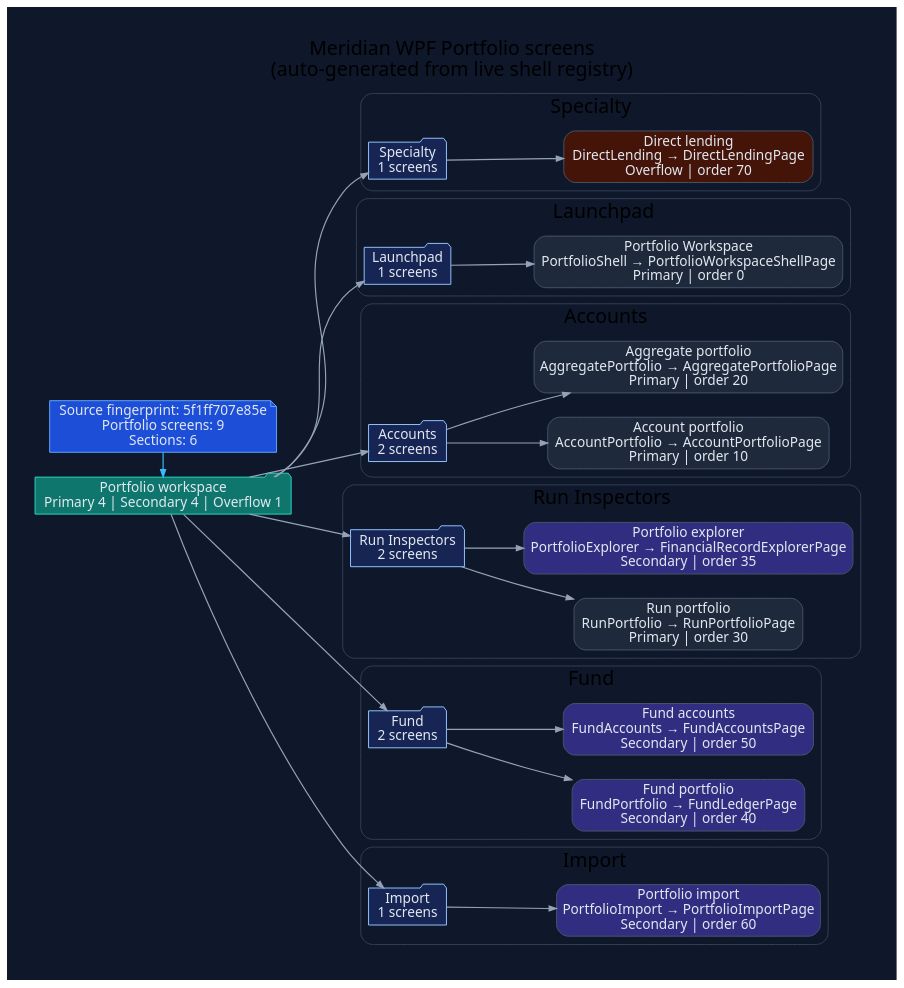
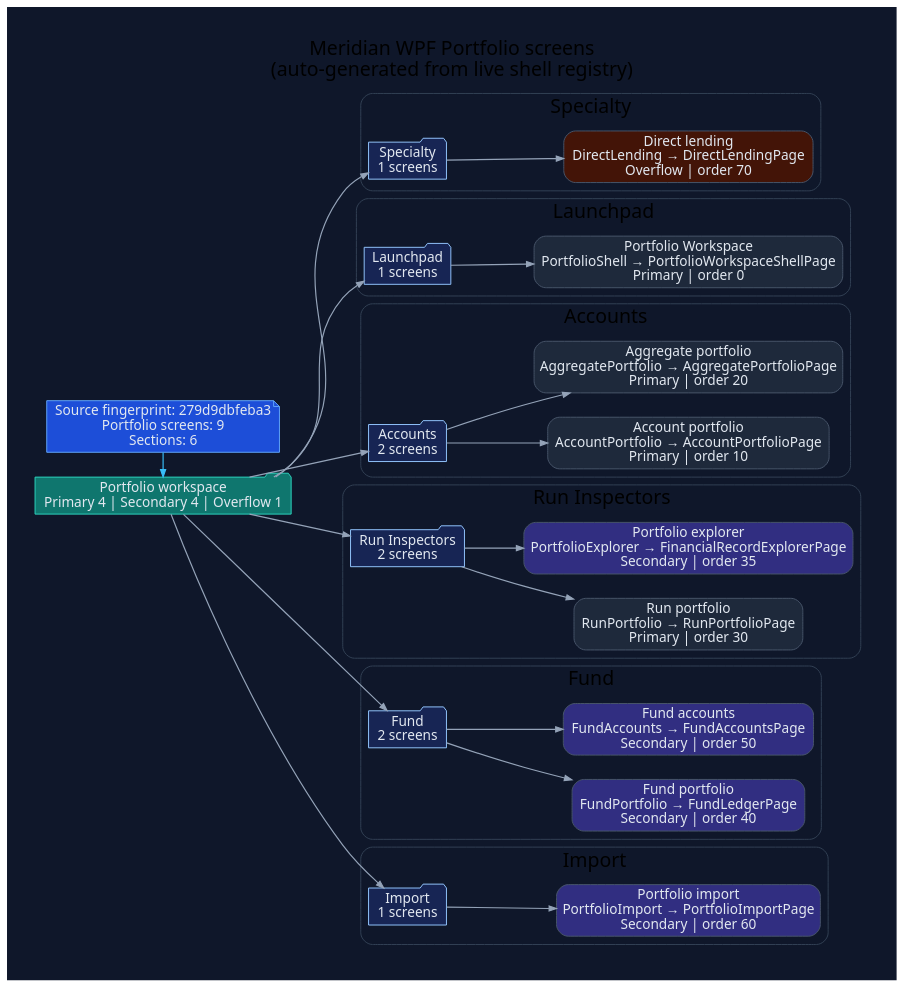
The diagram in docs/diagrams/ui/ui-wpf-screens-portfolio.dot (rodoHasArrived/Meridian-main), drawn with Graphviz before and after one commit. The commit also changed 48 other files, not shown here.

First line of the commit message:
Regenerate diagrams and status docs for the Wave P3 merge

```diff
--- a/docs/diagrams/ui/ui-wpf-screens-portfolio.dot
+++ b/docs/diagrams/ui/ui-wpf-screens-portfolio.dot
@@ -1,92 +1,92 @@
 // -----------------------------------------------------------------------------
 // <auto-generated>
 // Generated by scripts/generate-diagrams.mjs.
 // Do not edit this file directly; update the WPF source files instead.
 // -----------------------------------------------------------------------------
 digraph WpfPortfolioScreens {
   graph [
     rankdir=LR,
     labelloc=t,
     label="Meridian WPF Portfolio screens\n(auto-generated from live shell registry)",
     fontname="Segoe UI",
     fontsize=20,
     pad=0.4,
     nodesep=0.35,
     ranksep=0.85,
     bgcolor="#0f172a"
   ];
   node [fontname="Segoe UI", shape=box, style="rounded,filled", color="#475569", fontcolor="#e2e8f0", fillcolor="#1e293b"];
   edge [fontname="Segoe UI", color="#94a3b8", penwidth=1.2, arrowsize=0.75];
 
-  generated [shape=note, fillcolor="#1d4ed8", color="#60a5fa", label="Source fingerprint: 5f1ff707e85e\nPortfolio screens: 9\nSections: 6"];
+  generated [shape=note, fillcolor="#1d4ed8", color="#60a5fa", label="Source fingerprint: 279d9dbfeba3\nPortfolio screens: 9\nSections: 6"];
   workspace [shape=folder, fillcolor="#0f766e", color="#2dd4bf", label="Portfolio workspace\nPrimary 4 | Secondary 4 | Overflow 1"];
   generated -> workspace [color="#38bdf8"];
 
   subgraph cluster_section_1 {
     label="Specialty";
     color="#334155";
     style="rounded";
     section_1 [shape=folder, fillcolor="#172554", color="#93c5fd", label="Specialty\n1 screens"];
     workspace -> section_1;
     screen_DirectLending [fillcolor="#431407", label="Direct lending\nDirectLending → DirectLendingPage\nOverflow | order 70"];
     section_1 -> screen_DirectLending;
   }
 
   subgraph cluster_section_2 {
     label="Launchpad";
     color="#334155";
     style="rounded";
     section_2 [shape=folder, fillcolor="#172554", color="#93c5fd", label="Launchpad\n1 screens"];
     workspace -> section_2;
     screen_PortfolioShell [fillcolor="#1e293b", label="Portfolio Workspace\nPortfolioShell → PortfolioWorkspaceShellPage\nPrimary | order 0"];
     section_2 -> screen_PortfolioShell;
   }
 
   subgraph cluster_section_3 {
     label="Accounts";
     color="#334155";
     style="rounded";
     section_3 [shape=folder, fillcolor="#172554", color="#93c5fd", label="Accounts\n2 screens"];
     workspace -> section_3;
     screen_AccountPortfolio [fillcolor="#1e293b", label="Account portfolio\nAccountPortfolio → AccountPortfolioPage\nPrimary | order 10"];
     section_3 -> screen_AccountPortfolio;
     screen_AggregatePortfolio [fillcolor="#1e293b", label="Aggregate portfolio\nAggregatePortfolio → AggregatePortfolioPage\nPrimary | order 20"];
     section_3 -> screen_AggregatePortfolio;
   }
 
   subgraph cluster_section_4 {
     label="Run Inspectors";
     color="#334155";
     style="rounded";
     section_4 [shape=folder, fillcolor="#172554", color="#93c5fd", label="Run Inspectors\n2 screens"];
     workspace -> section_4;
     screen_RunPortfolio [fillcolor="#1e293b", label="Run portfolio\nRunPortfolio → RunPortfolioPage\nPrimary | order 30"];
     section_4 -> screen_RunPortfolio;
     screen_PortfolioExplorer [fillcolor="#312e81", label="Portfolio explorer\nPortfolioExplorer → FinancialRecordExplorerPage\nSecondary | order 35"];
     section_4 -> screen_PortfolioExplorer;
   }
 
   subgraph cluster_section_5 {
     label="Fund";
     color="#334155";
     style="rounded";
     section_5 [shape=folder, fillcolor="#172554", color="#93c5fd", label="Fund\n2 screens"];
     workspace -> section_5;
     screen_FundPortfolio [fillcolor="#312e81", label="Fund portfolio\nFundPortfolio → FundLedgerPage\nSecondary | order 40"];
     section_5 -> screen_FundPortfolio;
     screen_FundAccounts [fillcolor="#312e81", label="Fund accounts\nFundAccounts → FundAccountsPage\nSecondary | order 50"];
     section_5 -> screen_FundAccounts;
   }
 
   subgraph cluster_section_6 {
     label="Import";
     color="#334155";
     style="rounded";
     section_6 [shape=folder, fillcolor="#172554", color="#93c5fd", label="Import\n1 screens"];
     workspace -> section_6;
     screen_PortfolioImport [fillcolor="#312e81", label="Portfolio import\nPortfolioImport → PortfolioImportPage\nSecondary | order 60"];
     section_6 -> screen_PortfolioImport;
   }
 
   { rank=min; generated; workspace; }
 }
```
